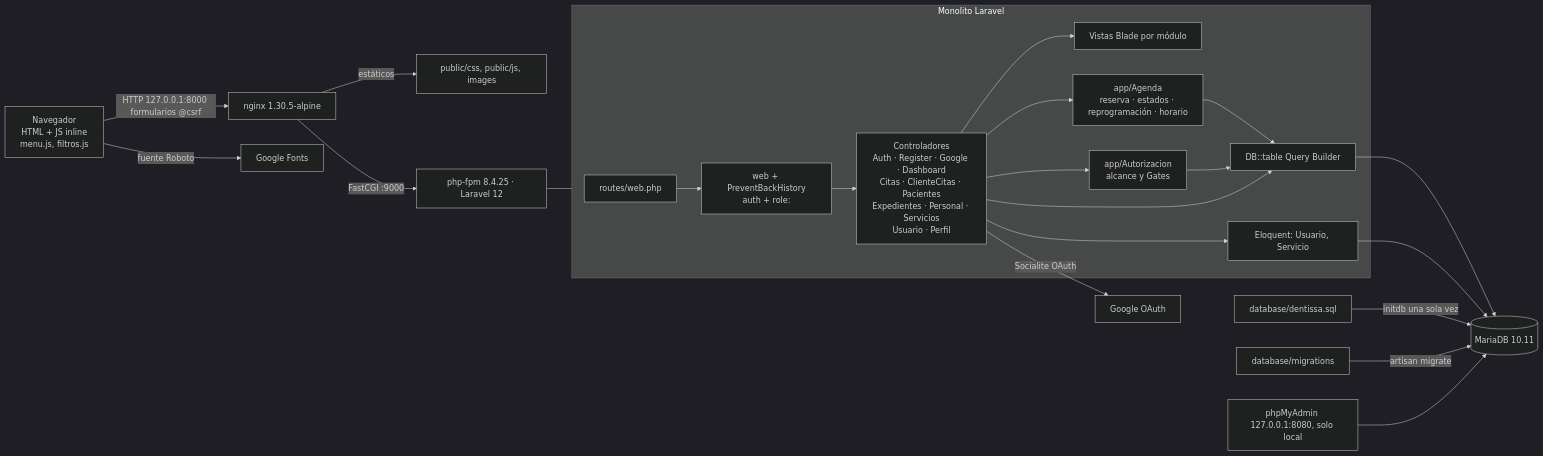
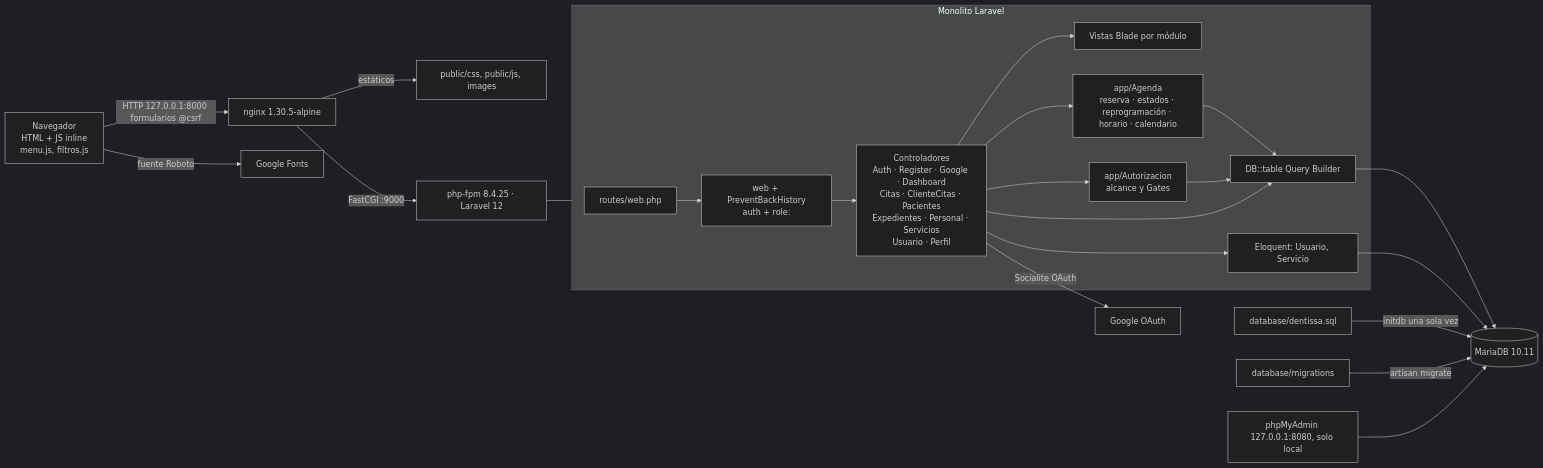
The first of 2 diagrams in docs/architecture.md (gimi34/dentissa), drawn with Mermaid (dark theme) before and after one commit. The commit also changed other lines of this file and 2 other files, not shown here.

First line of the commit message:
docs(049): T090 CalendarioCitas y calendario.css en la arquitectura y en el mapa de AGENTS.md

````diff
--- a/docs/architecture.md
+++ b/docs/architecture.md
@@ -23,25 +23,25 @@
 ```mermaid
 flowchart LR
   B[Navegador<br/>HTML + JS inline<br/>menu.js, filtros.js] -->|HTTP 127.0.0.1:8000 formularios @csrf| NX[nginx 1.30.5-alpine]
   B -->|fuente Roboto| GF[Google Fonts]
   NX -->|estáticos| PUB[public/css, public/js, images]
   NX -->|FastCGI :9000| APP[php-fpm 8.4.25 · Laravel 12]
   subgraph APP_INT[Monolito Laravel]
     R[routes/web.php] --> MW[web + PreventBackHistory<br/>auth + role:]
     MW --> C[Controladores<br/>Auth · Register · Google · Dashboard<br/>Citas · ClienteCitas · Pacientes<br/>Expedientes · Personal · Servicios<br/>Usuario · Perfil]
     C --> V[Vistas Blade por módulo]
-    C --> AG[app/Agenda<br/>reserva · estados · reprogramación · horario]
+    C --> AG[app/Agenda<br/>reserva · estados · reprogramación · horario · calendario]
     C --> AU[app/Autorizacion<br/>alcance y Gates]
     AG --> QB
     AU --> QB
     C --> QB[DB::table Query Builder]
     C --> M[Eloquent: Usuario, Servicio]
   end
   APP --- APP_INT
   QB --> DB[(MariaDB 10.11)]
   M --> DB
   C -->|Socialite OAuth| G[Google OAuth]
   DUMP[database/dentissa.sql] -->|initdb una sola vez| DB
   MIG[database/migrations] -->|artisan migrate| DB
   PMA[phpMyAdmin 127.0.0.1:8080, solo local] --> DB
 ```
````
